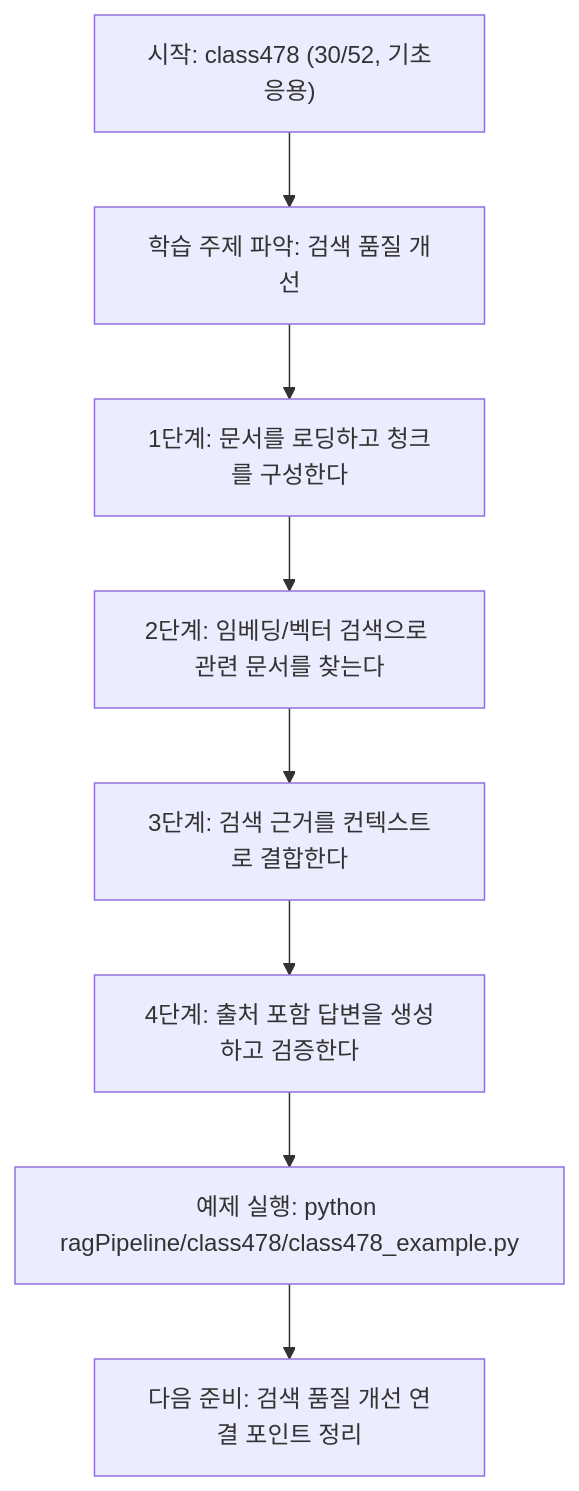
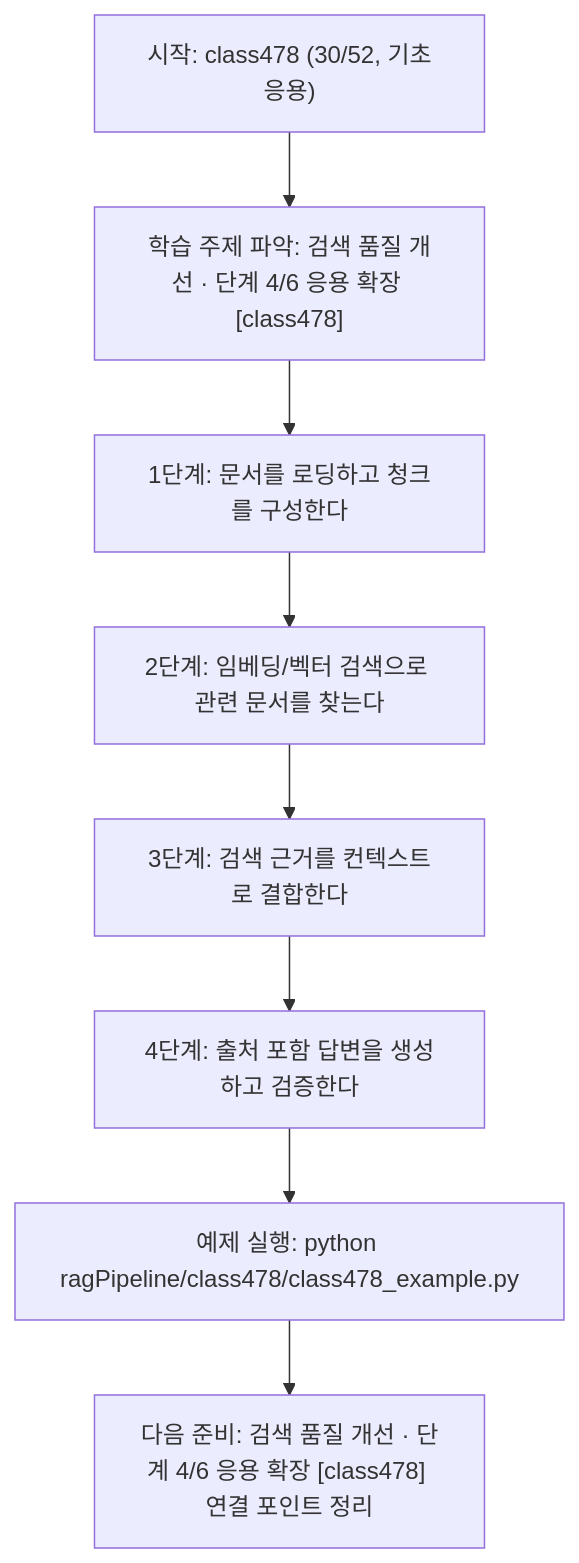
One commit to edumgt/Python-AI_Agent-Class changed the diagram in ragPipeline/class478/class478.md. Above: the diagram before and after it, drawn with Mermaid. The commit also changed other lines of this file and 522 other files, not shown here.

````diff
--- a/ragPipeline/class478/class478.md
+++ b/ragPipeline/class478/class478.md
@@ -110,18 +111,18 @@
 ```mermaid
 flowchart TD
 N1["시작: class478 (30/52, 기초응용)"]
-N2["학습 주제 파악: 검색 품질 개선"]
+N2["학습 주제 파악: 검색 품질 개선 · 단계 4/6 응용 확장 [class478]"]
 N3["1단계: 문서를 로딩하고 청크를 구성한다"]
 N4["2단계: 임베딩/벡터 검색으로 관련 문서를 찾는다"]
 N5["3단계: 검색 근거를 컨텍스트로 결합한다"]
 N6["4단계: 출처 포함 답변을 생성하고 검증한다"]
 N7["예제 실행: python ragPipeline/class478/class478_example.py"]
-N8["다음 준비: 검색 품질 개선 연결 포인트 정리"]
+N8["다음 준비: 검색 품질 개선 · 단계 4/6 응용 확장 [class478] 연결 포인트 정리"]
 N1 --> N2
 N2 --> N3
 N3 --> N4
 N4 --> N5
 N5 --> N6
 N6 --> N7
 N7 --> N8
 ```
````
